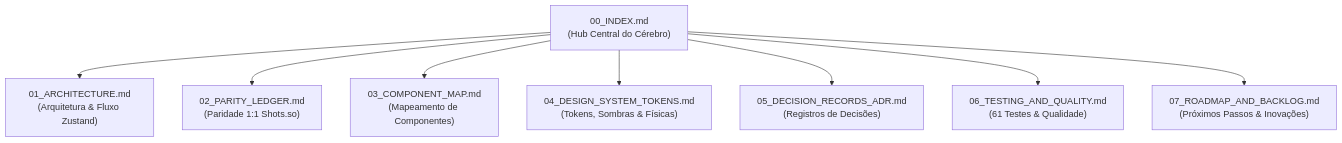
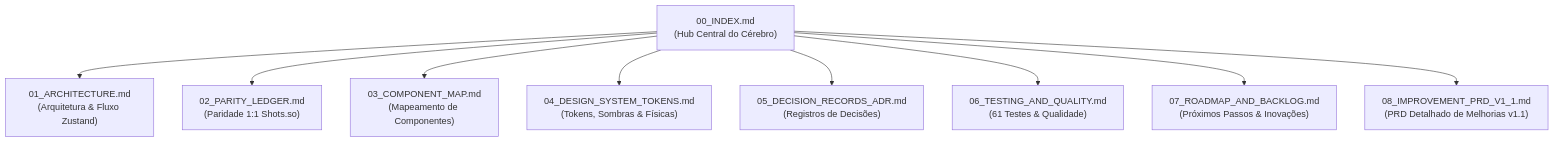
The diagram in .brain/00_INDEX.md (Henrique1601/shots-studio), drawn with Mermaid before and after one commit. The commit also changed other lines of this file and 2 other files, not shown here.

Commit message:
docs(prd): add comprehensive v1.1 improvement plan with clipboard copy, media filters, video support, and Nothing Phone

````diff
--- a/.brain/00_INDEX.md
+++ b/.brain/00_INDEX.md
@@ -14,19 +14,21 @@
 ```mermaid
 flowchart TD
     Index["00_INDEX.md\n(Hub Central do Cérebro)"]
     Arch["01_ARCHITECTURE.md\n(Arquitetura & Fluxo Zustand)"]
     Parity["02_PARITY_LEDGER.md\n(Paridade 1:1 Shots.so)"]
     Components["03_COMPONENT_MAP.md\n(Mapeamento de Componentes)"]
     Tokens["04_DESIGN_SYSTEM_TOKENS.md\n(Tokens, Sombras & Físicas)"]
     ADR["05_DECISION_RECORDS_ADR.md\n(Registros de Decisões)"]
     QA["06_TESTING_AND_QUALITY.md\n(61 Testes & Qualidade)"]
     Roadmap["07_ROADMAP_AND_BACKLOG.md\n(Próximos Passos & Inovações)"]
+    PRD["08_IMPROVEMENT_PRD_V1_1.md\n(PRD Detalhado de Melhorias v1.1)"]
 
     Index --> Arch
     Index --> Parity
     Index --> Components
     Index --> Tokens
     Index --> ADR
     Index --> QA
     Index --> Roadmap
+    Index --> PRD
 ```
````
